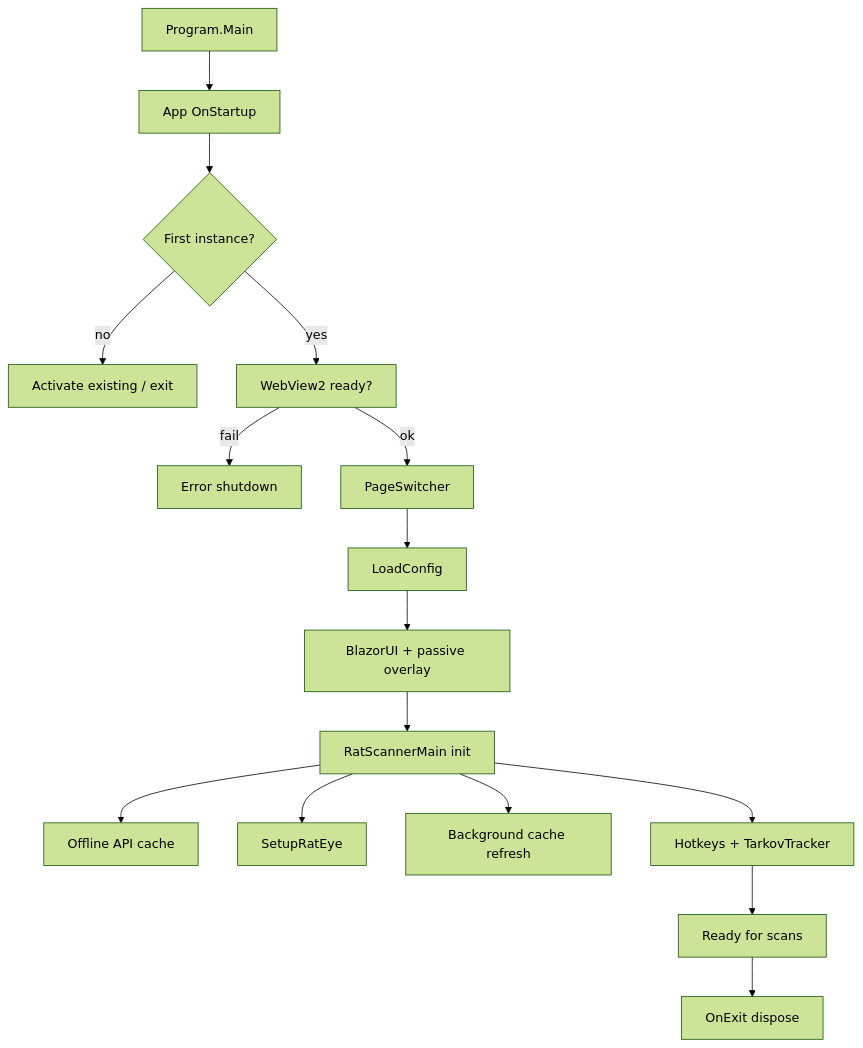
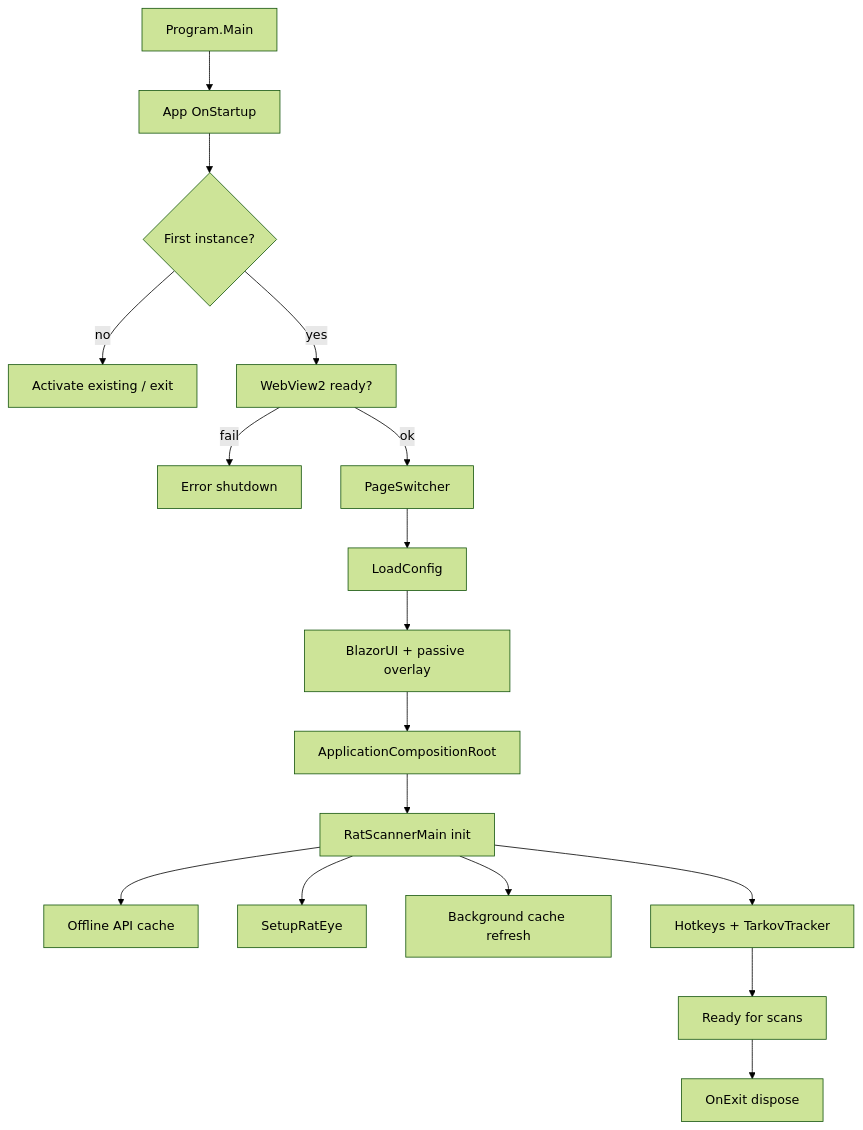
One commit to Nivmizz7/RatScanner changed the diagram in docs/agent-context/architecture.md. Above: the diagram before and after it, drawn with Mermaid (forest theme). The commit also changed other lines of this file and 21 other files, not shown here.

````diff
--- a/docs/agent-context/architecture.md
+++ b/docs/agent-context/architecture.md
@@ -68,18 +68,19 @@
 ```mermaid
 flowchart TD
   A[Program.Main] --> B[App OnStartup]
   B --> C{First instance?}
   C -->|no| Z[Activate existing / exit]
   C -->|yes| D[WebView2 ready?]
   D -->|fail| E[Error shutdown]
   D -->|ok| F[PageSwitcher]
   F --> G[LoadConfig]
   G --> H[BlazorUI + passive overlay]
-  H --> I[RatScannerMain init]
+  H --> R[ApplicationCompositionRoot]
+  R --> I[RatScannerMain init]
   I --> J[Offline API cache]
   I --> K[SetupRatEye]
   I --> L[Background cache refresh]
   I --> M[Hotkeys + TarkovTracker]
   M --> N[Ready for scans]
   N --> O[OnExit dispose]
 ```
````
